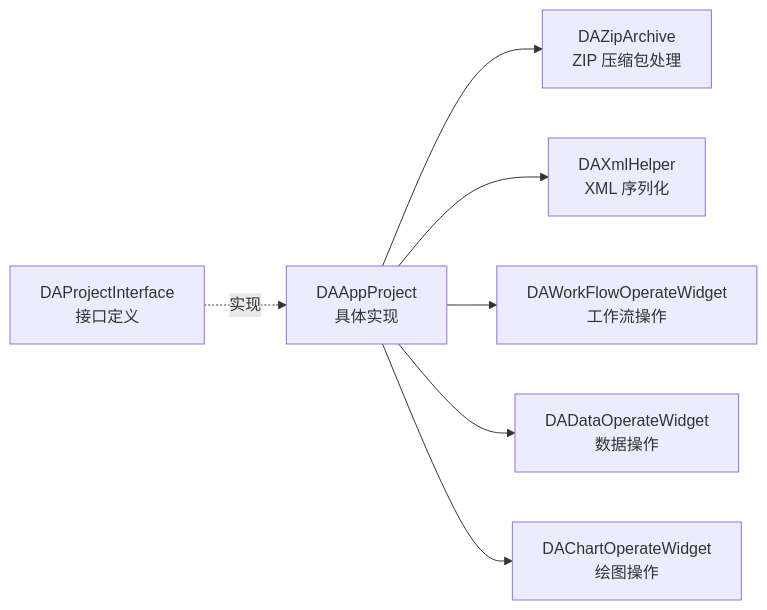
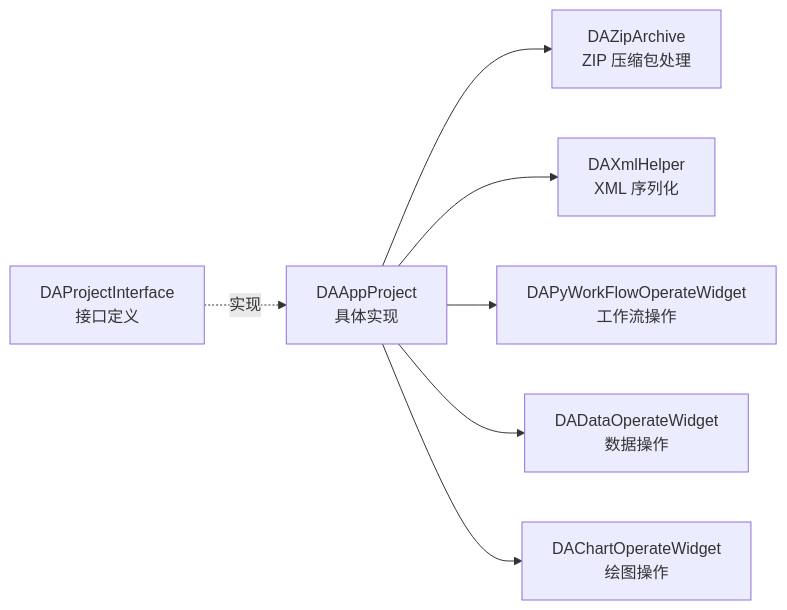
One commit to czyt1988/data-workbench changed the third of 3 diagrams in docs/zh/dev-guide/project-file-structure.md. Above: the diagram before and after it, drawn with Mermaid. The commit also changed other lines of this file and 13 other files, not shown here.

````diff
--- a/docs/zh/dev-guide/project-file-structure.md
+++ b/docs/zh/dev-guide/project-file-structure.md
@@ -299,13 +299,13 @@
 ```mermaid
 flowchart LR
     PI["DAProjectInterface<br/>接口定义"]
     AP["DAAppProject<br/>具体实现"]
     
     AP --> ZA["DAZipArchive<br/>ZIP 压缩包处理"]
     AP --> XH["DAXmlHelper<br/>XML 序列化"]
-    AP --> WF["DAWorkFlowOperateWidget<br/>工作流操作"]
+    AP --> WF["DAPyWorkFlowOperateWidget<br/>工作流操作"]
     AP --> DO["DADataOperateWidget<br/>数据操作"]
     AP --> CO["DAChartOperateWidget<br/>绘图操作"]
     
     PI -.->|实现| AP
 ```
````
